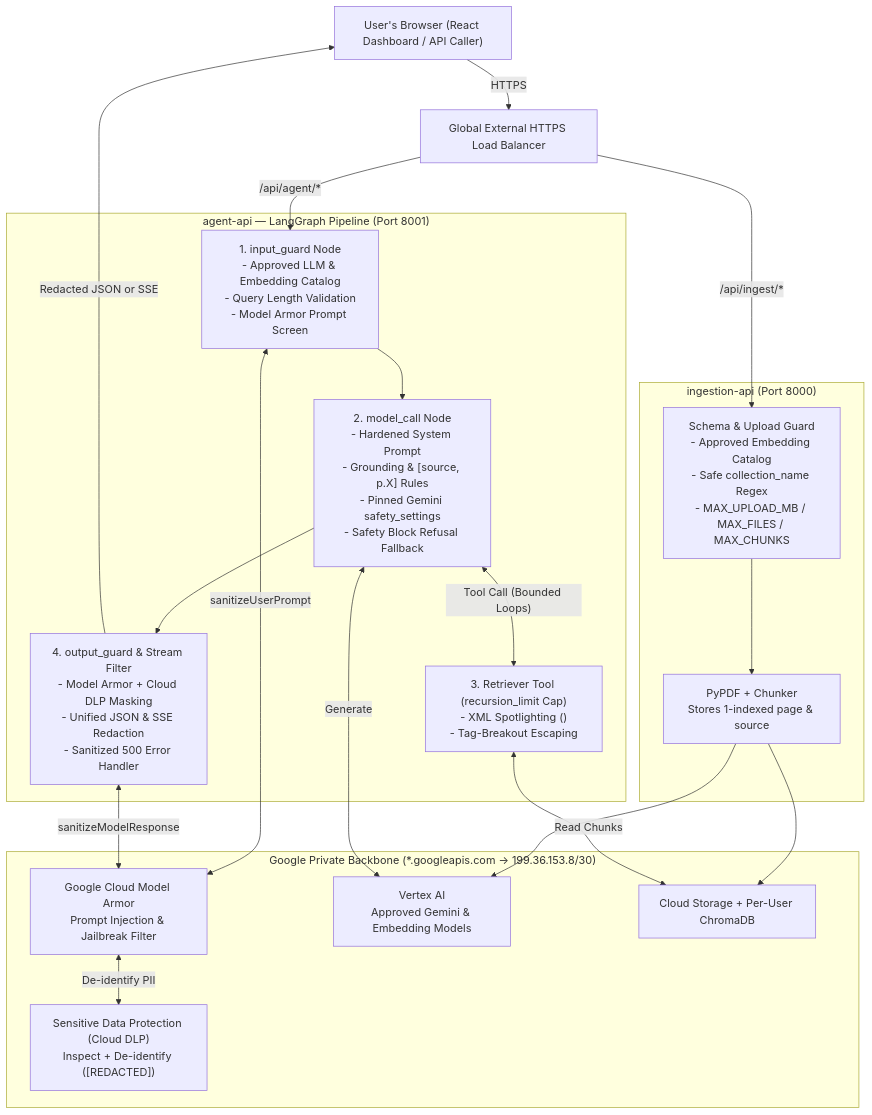
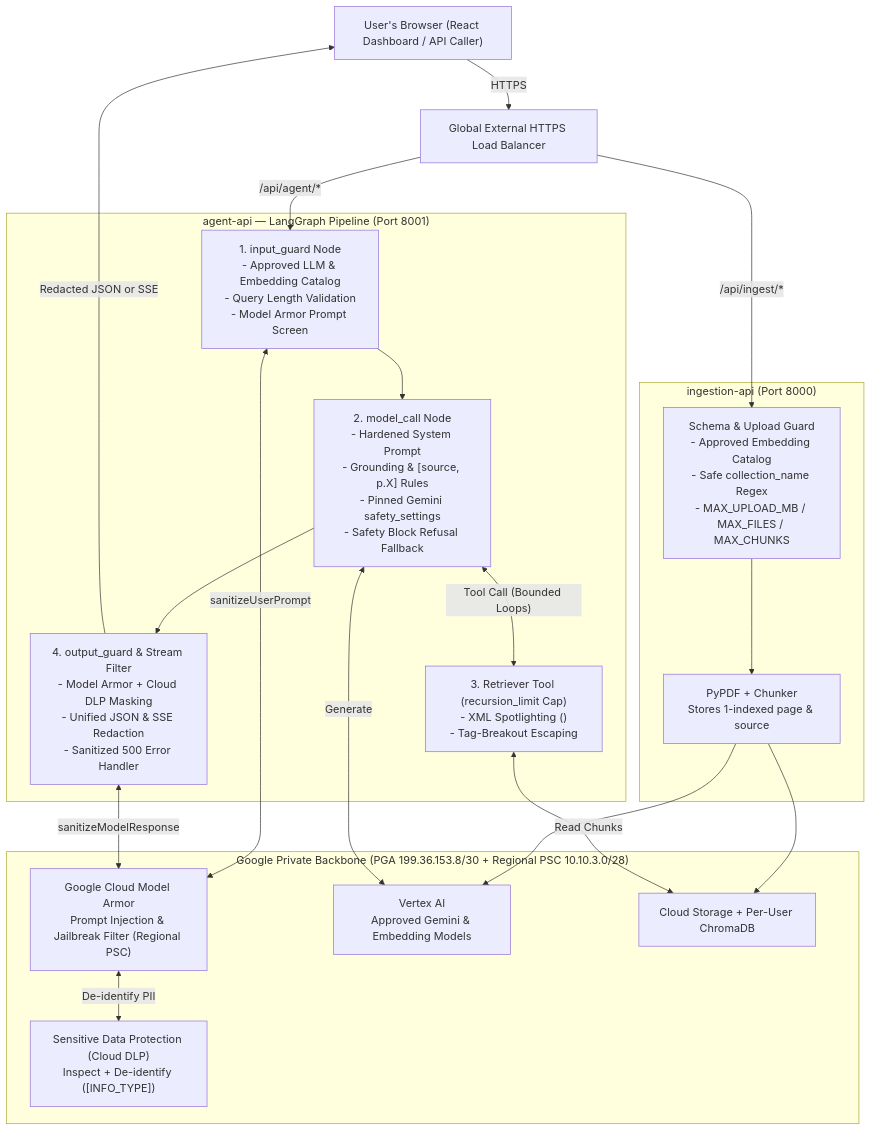
One commit to maggiemhanna/interactive_rag changed the diagram in docs/AI_SECURITY_PLAN.md. Above: the diagram before and after it, drawn with Mermaid. The commit also changed other lines of this file and 8 other files, not shown here.

Commit message:
feat(security): add Model Armor regional PSC endpoint and complete Phase 6 verification

````diff
--- a/docs/AI_SECURITY_PLAN.md
+++ b/docs/AI_SECURITY_PLAN.md
@@ -23,41 +23,41 @@
 ```mermaid
 flowchart TB
     Browser["User's Browser (React Dashboard / API Caller)"]
     LB["Global External HTTPS Load Balancer"]
 
     subgraph IngestionService["ingestion-api (Port 8000)"]
         IngestVal["Schema & Upload Guard\n- Approved Embedding Catalog\n- Safe collection_name Regex\n- MAX_UPLOAD_MB / MAX_FILES / MAX_CHUNKS"]
         Splitter["PyPDF + Chunker\nStores 1-indexed page & source"]
     end
 
     subgraph AgentService["agent-api — LangGraph Pipeline (Port 8001)"]
         InGuard["1. input_guard Node\n- Approved LLM & Embedding Catalog\n- Query Length Validation\n- Model Armor Prompt Screen"]
         ModelNode["2. model_call Node\n- Hardened System Prompt\n- Grounding & [source, p.X] Rules\n- Pinned Gemini safety_settings\n- Safety Block Refusal Fallback"]
         ToolNode["3. Retriever Tool (recursion_limit Cap)\n- XML Spotlighting (<retrieved_chunk>)\n- Tag-Breakout Escaping"]
         OutGuard["4. output_guard & Stream Filter\n- Model Armor + Cloud DLP Masking\n- Unified JSON & SSE Redaction\n- Sanitized 500 Error Handler"]
     end
 
-    subgraph GooglePrivateBackbone["Google Private Backbone (*.googleapis.com -> 199.36.153.8/30)"]
-        Armor["Google Cloud Model Armor\nPrompt Injection & Jailbreak Filter"]
-        DLP["Sensitive Data Protection (Cloud DLP)\nInspect + De-identify ([REDACTED])"]
+    subgraph GooglePrivateBackbone["Google Private Backbone (PGA 199.36.153.8/30 + Regional PSC 10.10.3.0/28)"]
+        Armor["Google Cloud Model Armor\nPrompt Injection & Jailbreak Filter (Regional PSC)"]
+        DLP["Sensitive Data Protection (Cloud DLP)\nInspect + De-identify ([INFO_TYPE])"]
         Vertex["Vertex AI\nApproved Gemini & Embedding Models"]
         GCS["Cloud Storage + Per-User ChromaDB"]
     end
 
     Browser -->|"HTTPS"| LB
     LB -->|"/api/ingest/*"| IngestVal
     IngestVal --> Splitter
     Splitter --> GCS
     Splitter --> Vertex
 
     LB -->|"/api/agent/*"| InGuard
     InGuard <-->|"sanitizeUserPrompt"| Armor
     InGuard --> ModelNode
     ModelNode <-->|"Tool Call (Bounded Loops)"| ToolNode
     ToolNode <-->|"Read Chunks"| GCS
     ModelNode <-->|"Generate"| Vertex
     ModelNode --> OutGuard
     OutGuard <-->|"sanitizeModelResponse"| Armor
     Armor <-->|"De-identify PII"| DLP
     OutGuard -->|"Redacted JSON or SSE"| Browser
 ```
````
